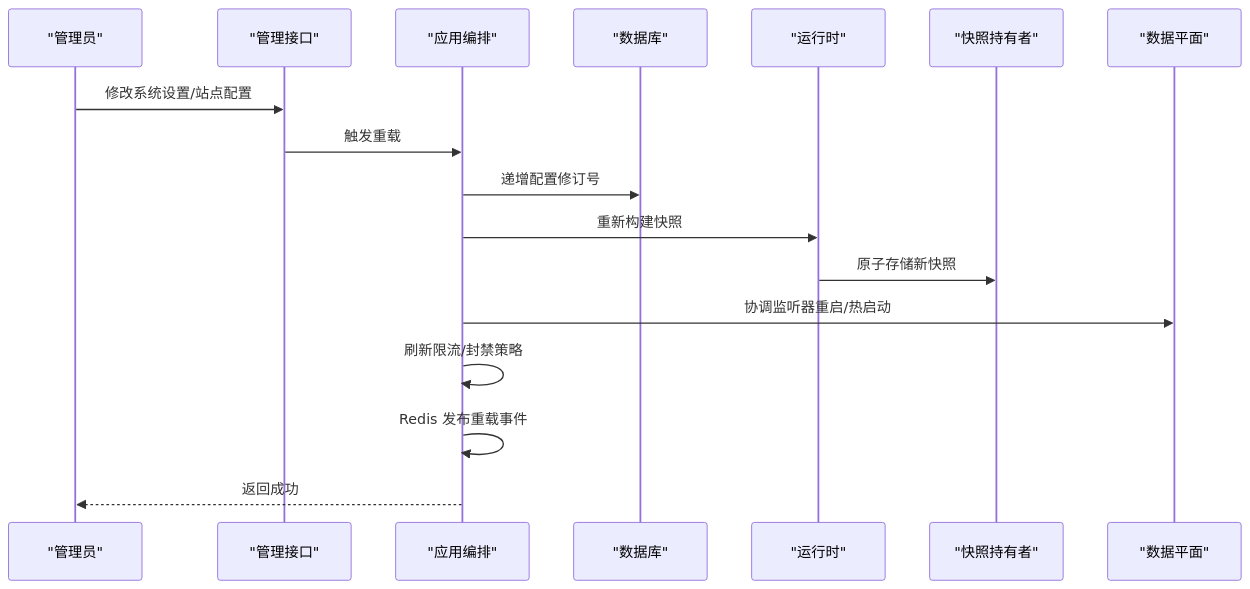
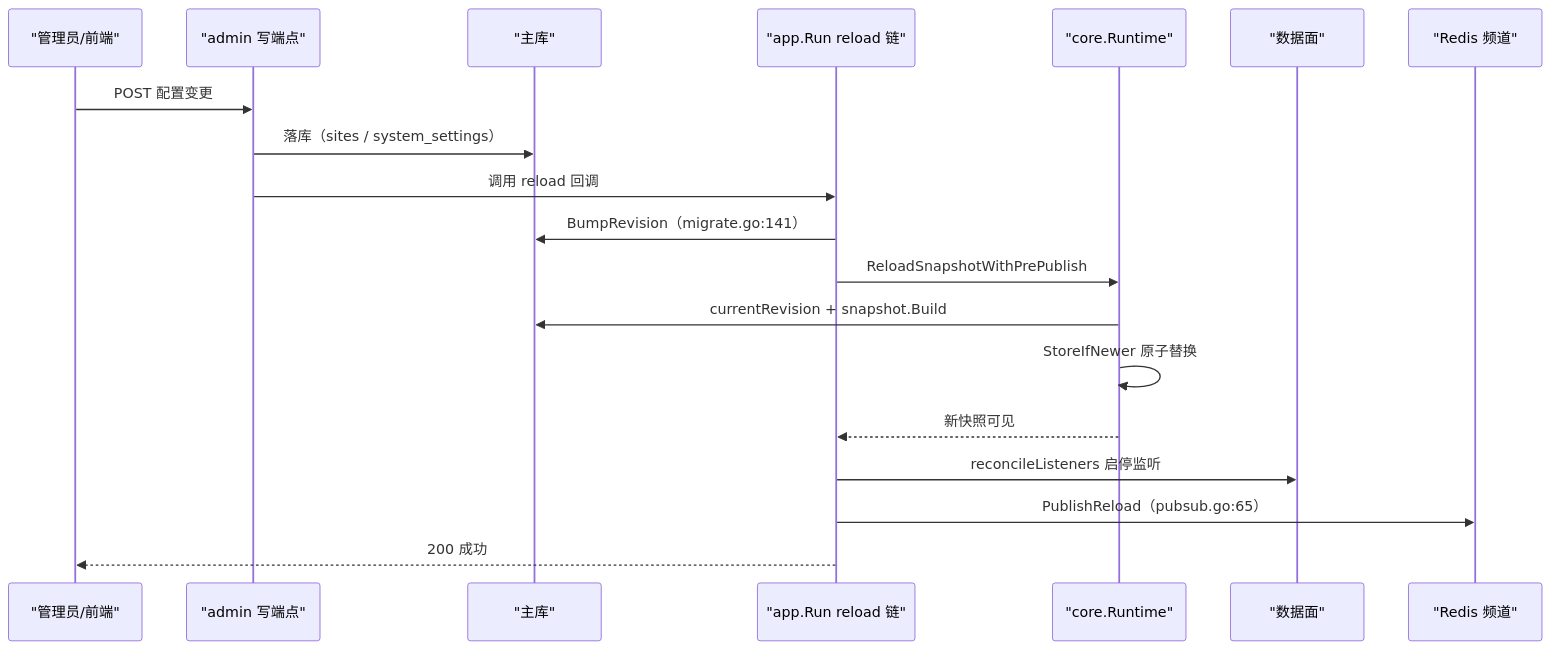
Before and after one commit to x01n/My-OpenWaf: the third of 6 diagrams in docs/配置管理系统/配置管理系统.md, drawn with Mermaid. The commit also changed other lines of this file and 622 other files, not shown here.

````diff
--- a/docs/配置管理系统/配置管理系统.md
+++ b/docs/配置管理系统/配置管理系统.md
@@ -227,19 +222,21 @@
 ```mermaid
 sequenceDiagram
-participant Admin as "管理员"
-participant API as "管理接口"
-participant App as "应用编排"
-participant DB as "数据库"
-participant RT as "运行时"
-participant Snap as "快照持有者"
-participant DP as "数据平面"
-Admin->>API : 修改系统设置/站点配置
-API->>App : 触发重载
-App->>DB : 递增配置修订号
-App->>RT : 重新构建快照
-RT->>Snap : 原子存储新快照
-App->>DP : 协调监听器重启/热启动
-App->>App : 刷新限流/封禁策略
-App->>App : Redis 发布重载事件
-App-->>Admin : 返回成功
+participant OP as "管理员/前端"
+participant ADM as "admin 写端点"
+participant DB as "主库"
+participant SRV as "app.Run reload 链"
+participant RT as "core.Runtime"
+participant DP as "数据面"
+participant RS as "Redis 频道"
+OP->>ADM : POST 配置变更
+ADM->>DB : 落库（sites / system_settings）
+ADM->>SRV : 调用 reload 回调
+SRV->>DB : BumpRevision（migrate.go:141）
+SRV->>RT : ReloadSnapshotWithPrePublish
+RT->>DB : currentRevision + snapshot.Build
+RT->>RT : StoreIfNewer 原子替换
+RT-->>SRV : 新快照可见
+SRV->>DP : reconcileListeners 启停监听
+SRV->>RS : PublishReload（pubsub.go:65）
+SRV-->>OP : 200 成功
 ```
````
